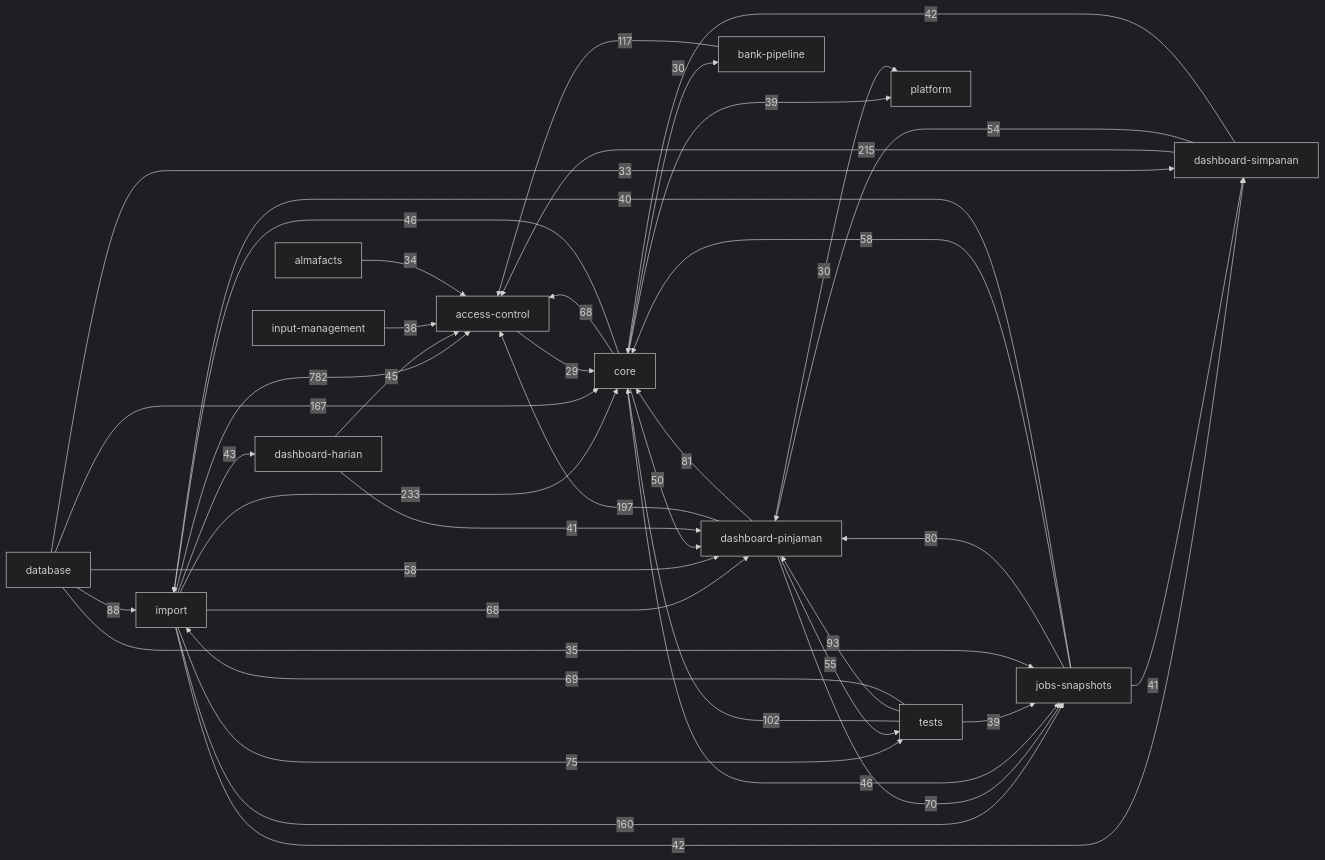
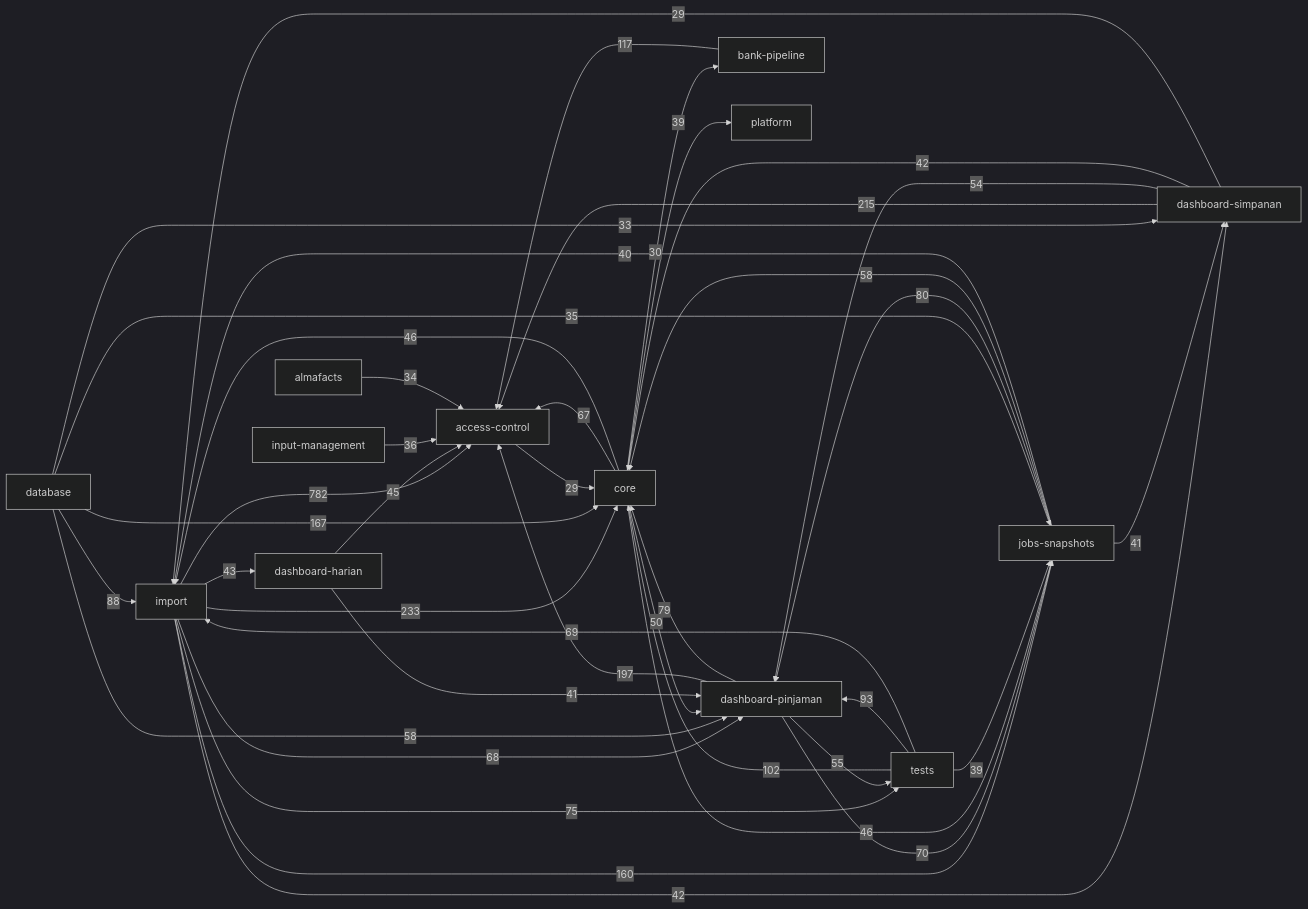
Before and after one commit to RizalloN/project-abah: the diagram in docs/knowledge-graph/ARCHITECTURE.md, drawn with Mermaid (dark theme). The commit also changed other lines of this file and 32 other files, not shown here.

````diff
--- a/docs/knowledge-graph/ARCHITECTURE.md
+++ b/docs/knowledge-graph/ARCHITECTURE.md
@@ -5,43 +5,43 @@
 ```mermaid
 flowchart LR
     d_d942f64886["import"] -->|782| d_c393a69167["access-control"]
     d_d942f64886["import"] -->|233| d_0d45f5fd46["core"]
     d_90026ec21f["dashboard-simpanan"] -->|215| d_c393a69167["access-control"]
     d_c1933689a3["dashboard-pinjaman"] -->|197| d_c393a69167["access-control"]
     d_3549b0028b["database"] -->|167| d_0d45f5fd46["core"]
     d_d942f64886["import"] -->|160| d_7c16aa6a77["jobs-snapshots"]
     d_39bcb775e4["bank-pipeline"] -->|117| d_c393a69167["access-control"]
     d_59830ebc3a["tests"] -->|102| d_0d45f5fd46["core"]
     d_59830ebc3a["tests"] -->|93| d_c1933689a3["dashboard-pinjaman"]
     d_3549b0028b["database"] -->|88| d_d942f64886["import"]
-    d_c1933689a3["dashboard-pinjaman"] -->|81| d_0d45f5fd46["core"]
     d_7c16aa6a77["jobs-snapshots"] -->|80| d_c1933689a3["dashboard-pinjaman"]
+    d_c1933689a3["dashboard-pinjaman"] -->|79| d_0d45f5fd46["core"]
     d_d942f64886["import"] -->|75| d_59830ebc3a["tests"]
     d_c1933689a3["dashboard-pinjaman"] -->|70| d_7c16aa6a77["jobs-snapshots"]
     d_59830ebc3a["tests"] -->|69| d_d942f64886["import"]
-    d_0d45f5fd46["core"] -->|68| d_c393a69167["access-control"]
     d_d942f64886["import"] -->|68| d_c1933689a3["dashboard-pinjaman"]
+    d_0d45f5fd46["core"] -->|67| d_c393a69167["access-control"]
     d_7c16aa6a77["jobs-snapshots"] -->|58| d_0d45f5fd46["core"]
     d_3549b0028b["database"] -->|58| d_c1933689a3["dashboard-pinjaman"]
     d_c1933689a3["dashboard-pinjaman"] -->|55| d_59830ebc3a["tests"]
     d_90026ec21f["dashboard-simpanan"] -->|54| d_c1933689a3["dashboard-pinjaman"]
     d_0d45f5fd46["core"] -->|50| d_c1933689a3["dashboard-pinjaman"]
     d_0d45f5fd46["core"] -->|46| d_7c16aa6a77["jobs-snapshots"]
     d_0d45f5fd46["core"] -->|46| d_d942f64886["import"]
     d_a0a49fdd98["dashboard-harian"] -->|45| d_c393a69167["access-control"]
     d_d942f64886["import"] -->|43| d_a0a49fdd98["dashboard-harian"]
     d_90026ec21f["dashboard-simpanan"] -->|42| d_0d45f5fd46["core"]
     d_d942f64886["import"] -->|42| d_90026ec21f["dashboard-simpanan"]
     d_7c16aa6a77["jobs-snapshots"] -->|41| d_90026ec21f["dashboard-simpanan"]
     d_a0a49fdd98["dashboard-harian"] -->|41| d_c1933689a3["dashboard-pinjaman"]
     d_7c16aa6a77["jobs-snapshots"] -->|40| d_d942f64886["import"]
     d_0d45f5fd46["core"] -->|39| d_d294fcce0c["platform"]
     d_59830ebc3a["tests"] -->|39| d_7c16aa6a77["jobs-snapshots"]
     d_b70a9d941d["input-management"] -->|36| d_c393a69167["access-control"]
     d_3549b0028b["database"] -->|35| d_7c16aa6a77["jobs-snapshots"]
     d_b89824cc5a["almafacts"] -->|34| d_c393a69167["access-control"]
     d_3549b0028b["database"] -->|33| d_90026ec21f["dashboard-simpanan"]
     d_0d45f5fd46["core"] -->|30| d_39bcb775e4["bank-pipeline"]
-    d_c1933689a3["dashboard-pinjaman"] -->|30| d_d294fcce0c["platform"]
     d_c393a69167["access-control"] -->|29| d_0d45f5fd46["core"]
+    d_90026ec21f["dashboard-simpanan"] -->|29| d_d942f64886["import"]
 ```
````
